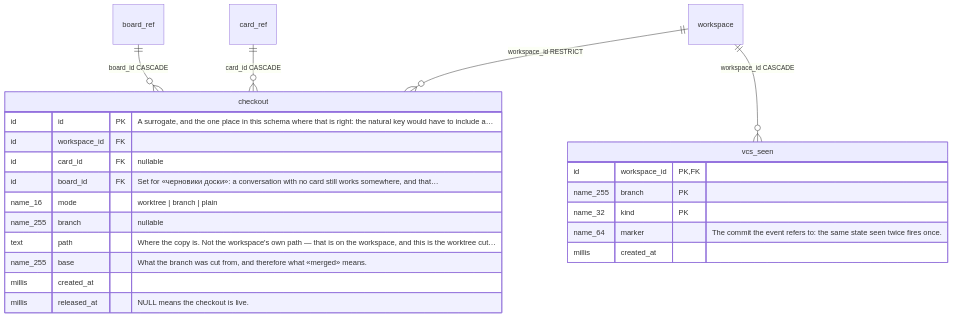
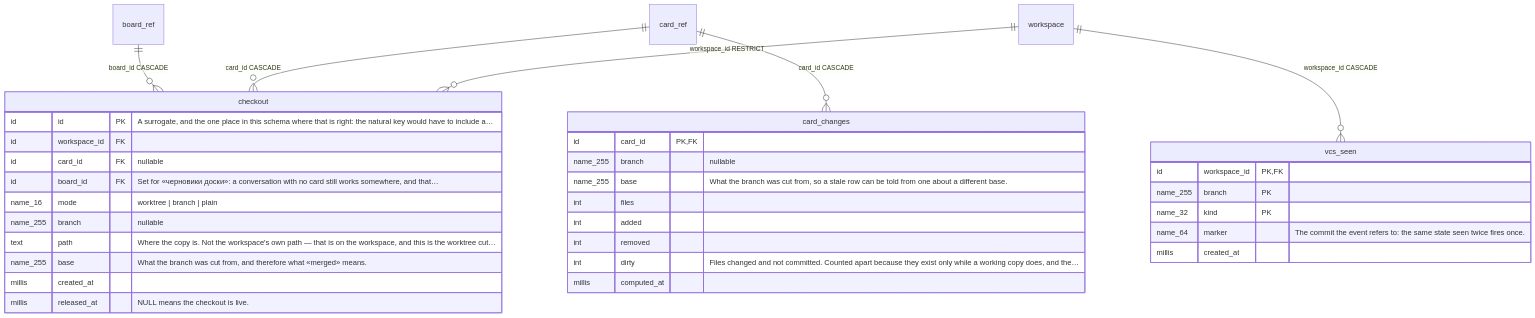
One commit to artipop/pourquoipas changed the seventh of 9 diagrams in docs/schema/erd.md. Above: the diagram before and after it, drawn with Mermaid. The commit also changed other lines of this file and 40 other files, not shown here.

````diff
--- a/docs/schema/erd.md
+++ b/docs/schema/erd.md
@@ -457,27 +460,38 @@
 ```mermaid
 erDiagram
     board_ref ||--o{ checkout : "board_id CASCADE"
+    card_ref ||--o{ card_changes : "card_id CASCADE"
     card_ref ||--o{ checkout : "card_id CASCADE"
     workspace ||--o{ checkout : "workspace_id RESTRICT"
     workspace ||--o{ vcs_seen : "workspace_id CASCADE"
 
     checkout {
         id id PK "A surrogate, and the one place in this schema where that is right: the natural key would have to include a…"
         id workspace_id FK
         id card_id FK "nullable"
         id board_id FK "Set for «черновики доски»: a conversation with no card still works somewhere, and that…"
         name_16 mode "worktree | branch | plain"
         name_255 branch "nullable"
         text path "Where the copy is. Not the workspace's own path — that is on the workspace, and this is the worktree cut…"
         name_255 base "What the branch was cut from, and therefore what «merged» means."
         millis created_at
         millis released_at "NULL means the checkout is live."
     }
     vcs_seen {
         id workspace_id PK, FK
         name_255 branch PK
         name_32 kind PK
         name_64 marker "The commit the event refers to: the same state seen twice fires once."
         millis created_at
     }
+    card_changes {
+        id card_id PK, FK
+        name_255 branch "nullable"
+        name_255 base "What the branch was cut from, so a stale row can be told from one about a different base."
+        int files
+        int added
+        int removed
+        int dirty "Files changed and not committed. Counted apart because they exist only while a working copy does, and the…"
+        millis computed_at
+    }
 ```
````
